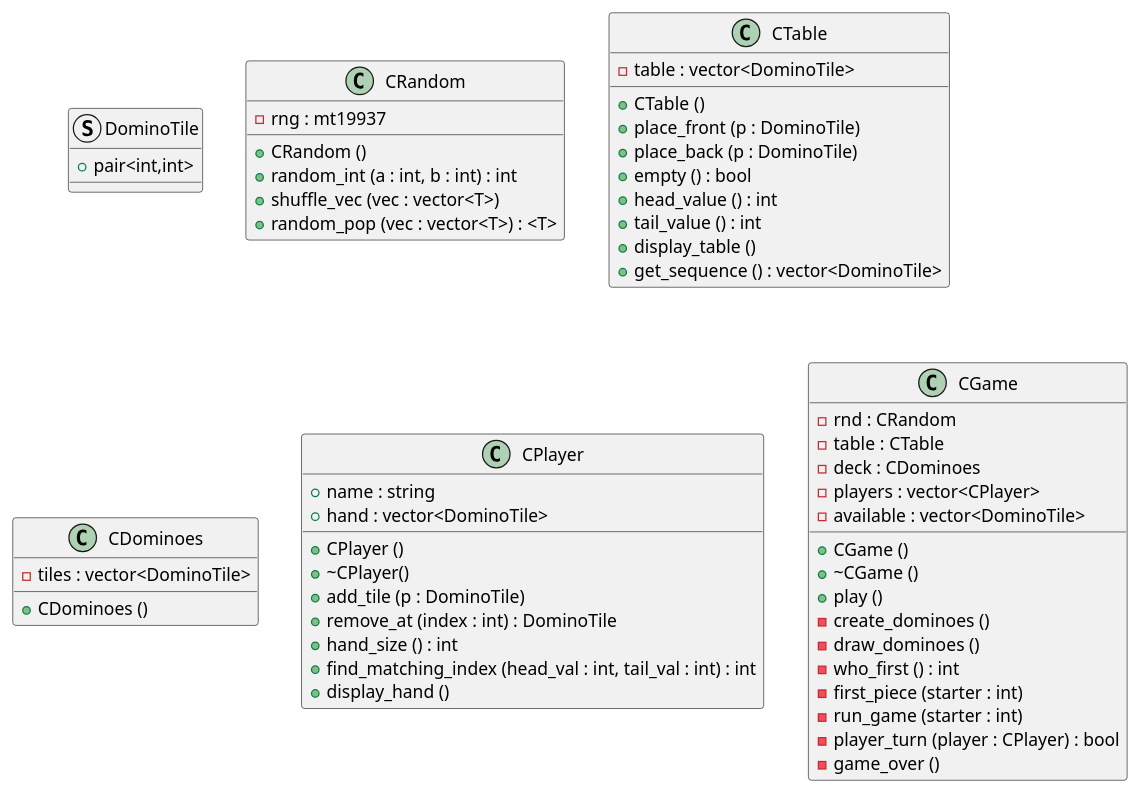
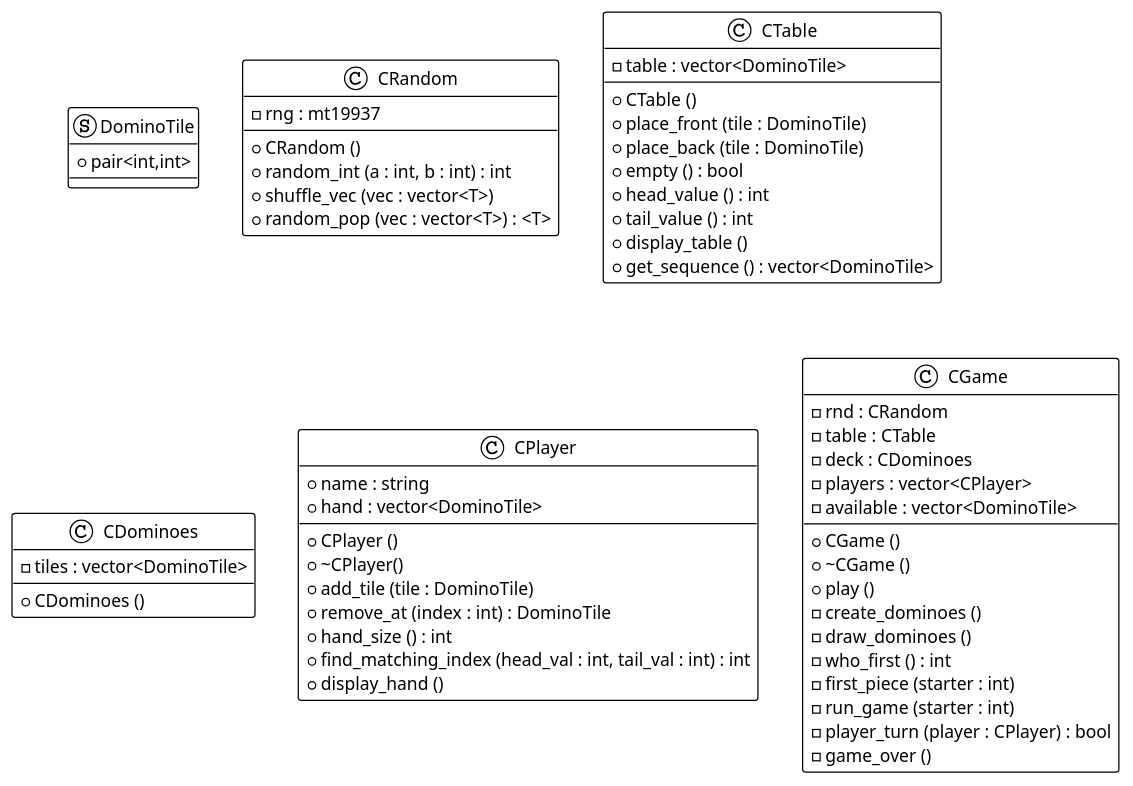
The diagram in puml/all-in-one.puml (CalculatePointing717/CSCI300-Combo1), drawn with PlantUML before and after one commit. The commit also changed 6 other files, not shown here.

```diff
--- a/puml/all-in-one.puml
+++ b/puml/all-in-one.puml
@@ -1,68 +1,69 @@
 @startuml
+!theme plain
 
 struct DominoTile
 {
     + pair<int,int>
 }
 
 class CRandom
 {
     + CRandom ()
     + random_int (a : int, b : int) : int
     + shuffle_vec (vec : vector<T>)
     + random_pop (vec : vector<T>) : <T>
     - rng : mt19937
 }
 
 class CTable
 {
     + CTable ()
-    + place_front (p : DominoTile)
-    + place_back (p : DominoTile)
+    + place_front (tile : DominoTile)
+    + place_back (tile : DominoTile)
     + empty () : bool
     + head_value () : int
     + tail_value () : int
     + display_table ()
     + get_sequence () : vector<DominoTile>
     - table : vector<DominoTile>
 }
 
 class CDominoes
 {
     + CDominoes ()
     - tiles : vector<DominoTile>
 }
 
 class CPlayer
 {
     + CPlayer ()
     + ~CPlayer()
-    + add_tile (p : DominoTile)
+    + add_tile (tile : DominoTile)
     + remove_at (index : int) : DominoTile
     + hand_size () : int
     + find_matching_index (head_val : int, tail_val : int) : int
     + display_hand ()
     + name : string
     + hand : vector<DominoTile>
 }
 
 class CGame
 {
     + CGame ()
     + ~CGame ()
     + play ()
     - create_dominoes ()
     - draw_dominoes ()
     - who_first () : int
     - first_piece (starter : int)
     - run_game (starter : int)
     - player_turn (player : CPlayer) : bool
     - game_over ()
     - rnd : CRandom
     - table : CTable
     - deck : CDominoes
     - players : vector<CPlayer>
     - available : vector<DominoTile>
 }
 
 @enduml
```
